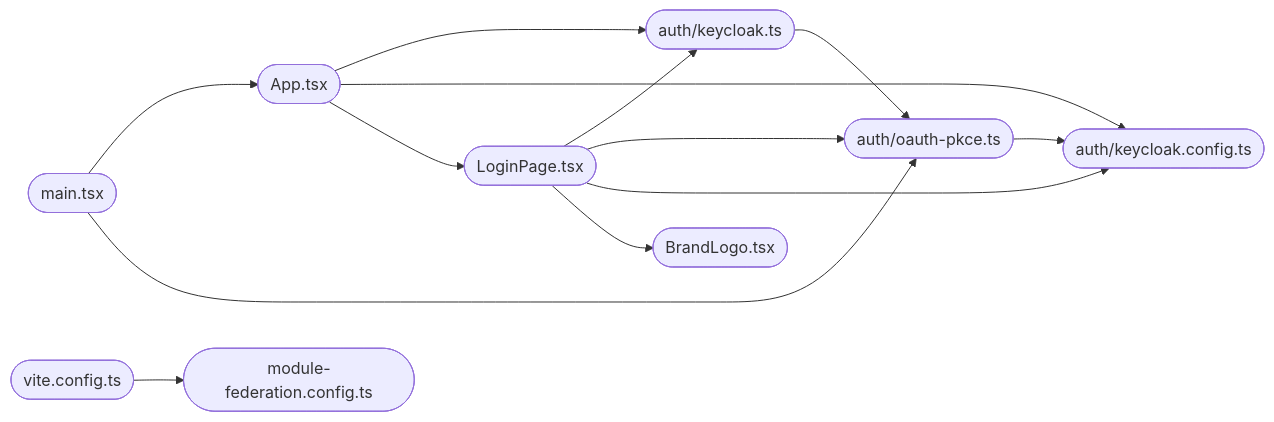
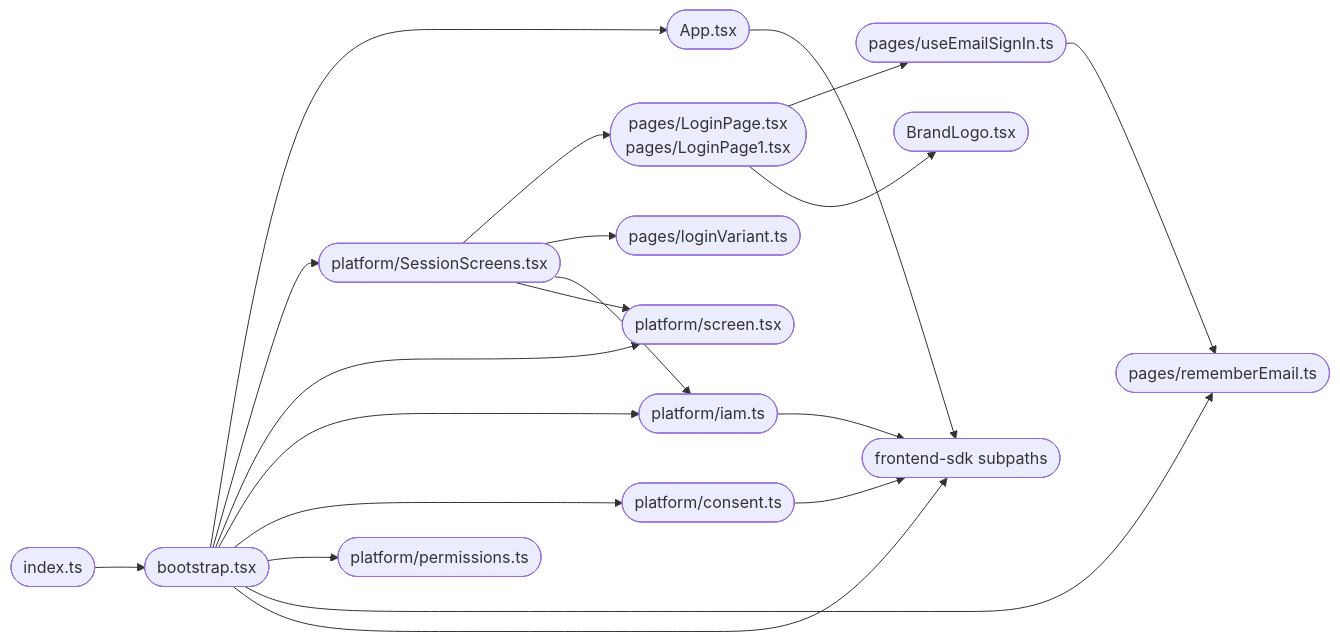
The diagram in docs/architecture/mermaid/package-dependencies.mmd (BCBP-SOLUTIONS-FZC-LLC/web-shell), drawn with Mermaid before and after one commit. The commit also changed 112 other files, not shown here.

First line of the commit message:
Move the shell to the platform SDK 1.0.0-alpha.2 on Rsbuild. (#16)

```diff
--- a/docs/architecture/mermaid/package-dependencies.mmd
+++ b/docs/architecture/mermaid/package-dependencies.mmd
@@ -1,23 +1,35 @@
 graph LR
-    main(["main.tsx"])
+    index(["index.ts"])
+    boot(["bootstrap.tsx"])
     app(["App.tsx"])
-    login(["LoginPage.tsx"])
+    screens(["platform/SessionScreens.tsx"])
+    screen(["platform/screen.tsx"])
+    iam(["platform/iam.ts"])
+    consent(["platform/consent.ts"])
+    perms(["platform/permissions.ts"])
+    login(["pages/LoginPage.tsx\npages/LoginPage1.tsx"])
+    hook(["pages/useEmailSignIn.ts"])
+    remember(["pages/rememberEmail.ts"])
+    variant(["pages/loginVariant.ts"])
     logo(["BrandLogo.tsx"])
-    facade(["auth/keycloak.ts"])
-    pkce(["auth/oauth-pkce.ts"])
-    config(["auth/keycloak.config.ts"])
-    vite(["vite.config.ts"])
-    mf(["module-federation.config.ts"])
+    sdk(["frontend-sdk subpaths"])
 
-    main --> app
-    main --> pkce
-    app --> facade
-    app --> config
-    app --> login
-    login --> facade
-    login --> pkce
-    login --> config
+    index --> boot
+    boot --> app
+    boot --> screens
+    boot --> screen
+    boot --> iam
+    boot --> consent
+    boot --> perms
+    boot --> remember
+    boot --> sdk
+    app --> sdk
+    screens --> login
+    screens --> variant
+    screens --> iam
+    screens --> screen
+    login --> hook
     login --> logo
-    facade --> pkce
-    pkce --> config
-    vite --> mf
+    hook --> remember
+    iam --> sdk
+    consent --> sdk
```
